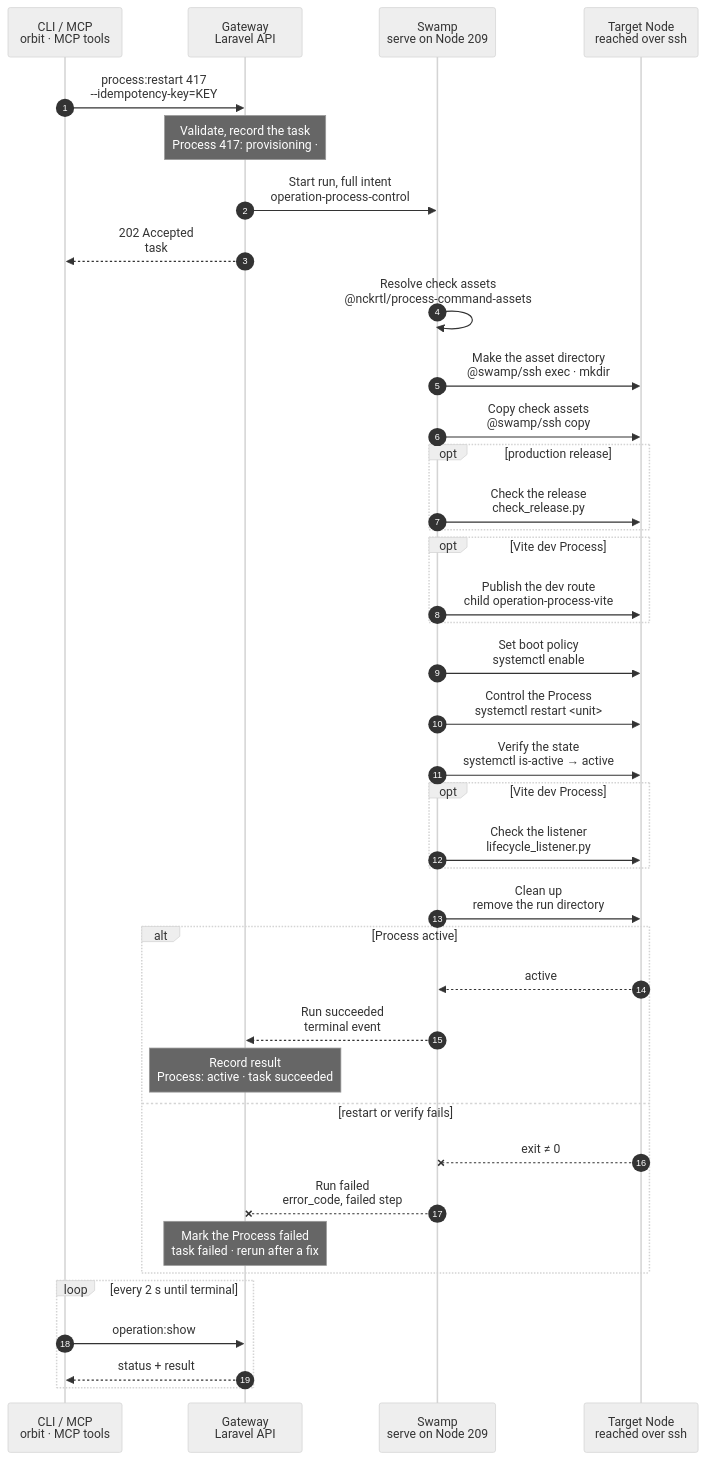
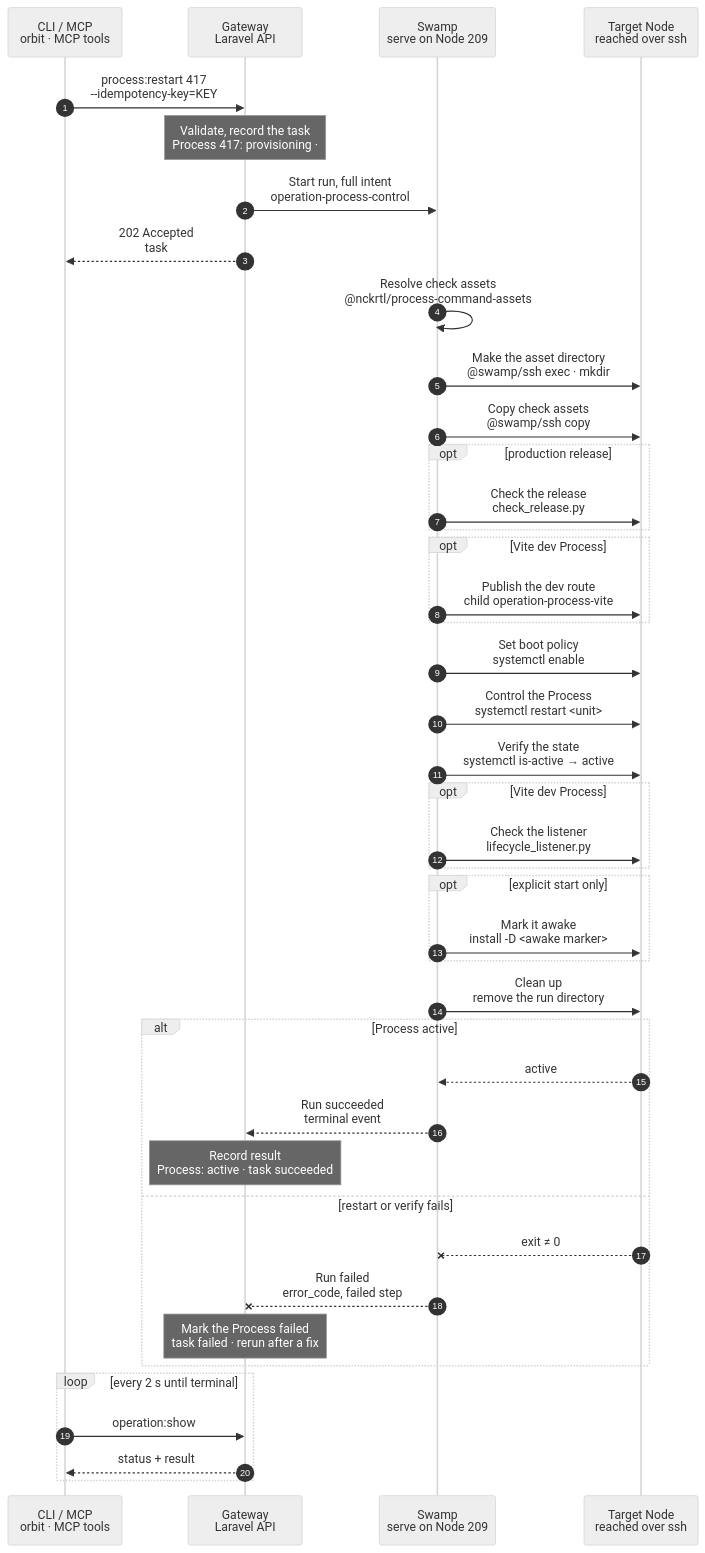
One commit to hardimpactdev/orbit changed the diagram in docs/flows/process.restart.mmd. Above: the diagram before and after it, drawn with Mermaid (neutral theme). The commit also changed 42 other files, not shown here.

First line of the commit message:
feat(processes): start, stop and restart in one 209 control workflow; charts drive step names

```diff
--- a/docs/flows/process.restart.mmd
+++ b/docs/flows/process.restart.mmd
@@ -1,129 +1,134 @@
 sequenceDiagram
   %% Target design: ADR 0244 task, DECISIONS 4 + R1-R4 (process.stop shape: 209, @swamp/ssh, full intent as inputs).
   %% status: draft
   %% command: process:restart
   autonumber
   %% lane CLI icon=terminal pill=caller tone=gray
   %% lane GW icon=gateway pill=intent tone=blue
   %% lane SW icon=workflow pill=executes tone=green
   %% lane N icon=server pill=target tone=amber
   participant CLI as CLI / MCP<br/>orbit · MCP tools
   participant GW as Gateway<br/>Laravel API
   participant SW as Swamp<br/>serve on Node 209
   participant N as Target Node<br/>reached over ssh
   CLI->>GW: process:restart 417<br/>--idempotency-key=KEY
   %%> Command:
   %%> - `orbit process:restart 417`
   %%> - syntax: `process:restart <process> [--idempotency-key=KEY] [--json]`
   %%> Input:
   %%> - the numeric Process ID from `process:list`
   %%> Who can call it:
   %%> - the `orbit` CLI and the MCP tool send the same request
   Note over GW: Validate, record the task<br/>Process 417: provisioning · #5130
   %%> Requirements:
   %%> - your Node has an access grant to the Node that runs Process 417
   %%> - Process 417 exists and is not being removed
   %%> - the Process can start: it is installed on its Node
   %%> Result:
   %%> - task #5130 recorded with the full intent: unit or container name, runtime, on-demand flag, Vite plan
   %%> - Process 417 marked provisioning; its desired state does not change yet
   %%> - nothing has happened on the Node yet
   GW->>SW: Start run, full intent<br/>operation-process-control
   %%> What it does:
   %%> - starts one Swamp run on serve (Node 209); every step runs there
   %%> Inputs:
   %%> - `kind`: process.restart
   %%> - the Process unit or container name, runtime and on-demand flag
   %%> - the Node's address and SSH host keys; the SSH identity comes from the `swamp` role
   %%> - for a production Instance, its release directory
   %%> - for a Vite dev Process, the Vite plan and the Caddy publication for its Route
   GW-->>CLI: 202 Accepted<br/>task #5130
   %%> What you get:
   %%> - the task number, at once
   %%> Next:
   %%> - the CLI follows the task with `operation:show`
   SW->>SW: Resolve check assets<br/>@nckrtl/process-command-assets
   %%> What it does:
   %%> - validates the intent and finds the shipped Process scripts on Node 209
   %%> Why:
   %%> - the scripts check ownership: they act only on the unit or container marked with Process 417
   SW->>N: Make the asset directory<br/>@swamp/ssh exec · mkdir
   %%> What it does:
   %%> - makes a private directory for this run on the Node, under `/tmp`
   SW->>N: Copy check assets<br/>@swamp/ssh copy
   %%> What it does:
   %%> - copies the shipped scripts into that directory
   %%> How:
   %%> - Swamp reaches the Node over SSH from 209 with the official `@swamp/ssh` behavior, the `swamp` role SSH identity and the Node's pinned host keys
   opt production release
     SW->>N: Check the release<br/>check_release.py
     %%> What it does:
     %%> - checks that the admitted release directory exists
     %%> On failure:
     %%> - `process.release_unavailable`; nothing else runs
   end
   opt Vite dev Process
     SW->>N: Publish the dev route<br/>child operation-process-vite
     %%> What it does:
     %%> - suspends traffic to the Instance, writes its Vite environment file and publishes Caddy for its Route
     %%> Shared:
     %%> - `process:create` runs the same child
   end
   SW->>N: Set boot policy<br/>systemctl enable
   %%> What it does:
   %%> - enables the systemd unit, so it starts at boot
   %%> Skipped:
   %%> - for an on-demand Process, which starts on its first request
   %%> - for Docker, which keeps its own restart policy
   SW->>N: Control the Process<br/>systemctl restart <unit>
   %%> What it does:
   %%> - one `restart` of the exact unit, or `docker container restart` for Docker
   %%> Requirements:
   %%> - the unit or container belongs to Process 417; a foreign one is refused (`process.name_collision`)
   SW->>N: Verify the state<br/>systemctl is-active → active
   %%> What it does:
   %%> - checks once that the Process is running
   %%> Result:
   %%> - this step's output is the projected result: `ready` and the observed state
   opt Vite dev Process
     SW->>N: Check the listener<br/>lifecycle_listener.py
     %%> What it does:
     %%> - checks once that the Vite port listener belongs to this Process
   end
+  opt explicit start only
+    SW->>N: Mark it awake<br/>install -D <awake marker>
+    %%> Skipped for restart:
+    %%> - a restart keeps the hibernation wake policy; only `process:start` marks the Instance awake
+  end
   SW->>N: Clean up<br/>remove the run directory
   %%> What it does:
   %%> - removes the run directory after a successful run
   %%> On failure:
   %%> - the directory stays, so a resumed run can reuse the scripts
   alt Process active
     N-->>SW: active
     %%> Returns:
     %%> - the Process is active
     SW-->>GW: Run succeeded<br/>terminal event
     %%> How the Gateway learns it:
     %%> - its shared run reader sees the terminal event and reads the result step once; Swamp never calls the Gateway
     Note over GW: Record result<br/>Process: active · task succeeded
     %%> Result:
     %%> - Process 417 desired state becomes running; its status becomes active
     %%> - task #5130 succeeds with the observed state
   else restart or verify fails
     N--xSW: exit ≠ 0
     %%> When:
     %%> - SSH fails, the unit is missing or foreign, or the state does not match
     SW--xGW: Run failed<br/>error_code, failed step
     %%> The Gateway reads:
     %%> - which step failed and its error code
     Note over GW: Mark the Process failed<br/>task failed · rerun after a fix
     %%> Result:
     %%> - Process 417 is marked failed with the error code; its desired state does not change
     %%> - task #5130 fails
     %%> - there is no rollback; run the same command again after fixing the cause
   end
   loop every 2 s until terminal
     CLI->>GW: operation:show #5130
     %%> What it does:
     %%> - asks for the task status every 2 seconds until it has ended
     GW-->>CLI: status + result
     %%> Returns:
     %%> - the current status, and the result once the task has ended
   end
```
